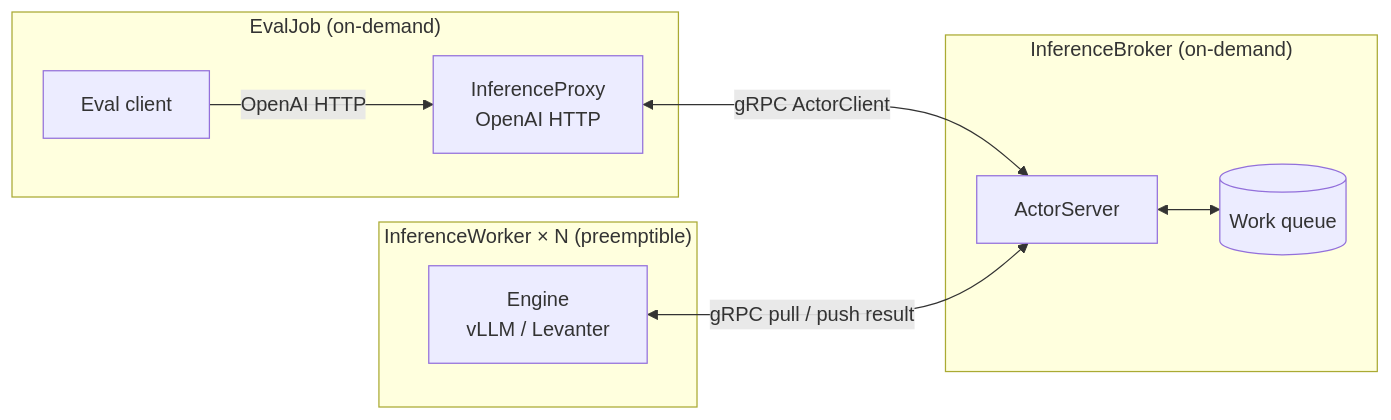
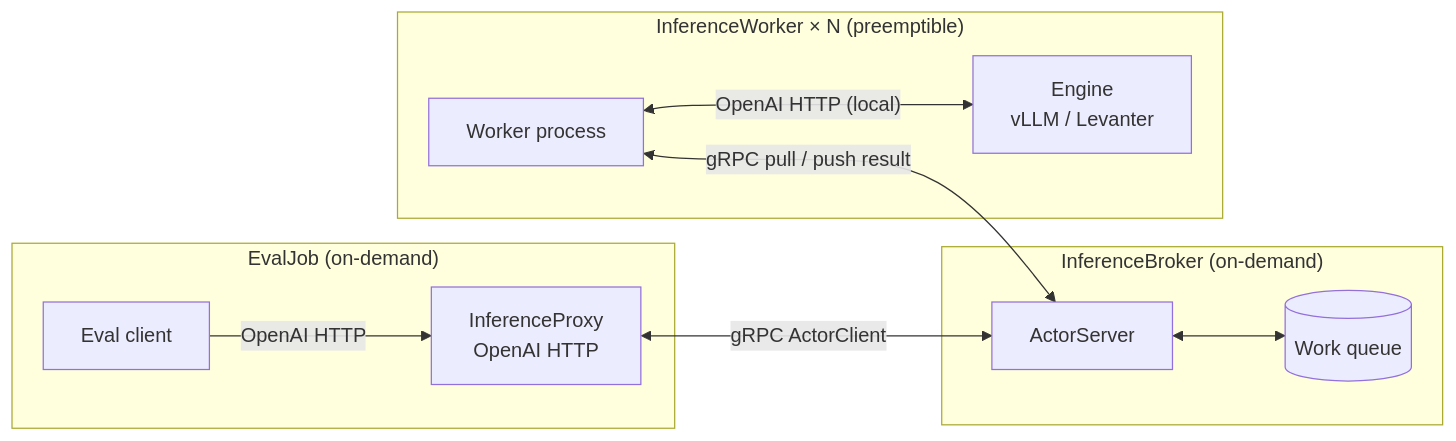
One commit to marin-community/marin changed the diagram in .agents/projects/inference-service/rfc.md. Above: the diagram before and after it, drawn with Mermaid. The commit also changed other lines of this file, not shown here.

Commit message:
LLM fixes

````diff
--- a/.agents/projects/inference-service/rfc.md
+++ b/.agents/projects/inference-service/rfc.md
@@ -63,18 +63,20 @@
 ```mermaid
 flowchart LR
   subgraph EvalJob["EvalJob (on-demand)"]
     Client[Eval client]
     Proxy[InferenceProxy<br/>OpenAI HTTP]
   end
   subgraph Broker["InferenceBroker (on-demand)"]
     Actor[ActorServer]
     Queue[(Work queue)]
   end
   subgraph Workers["InferenceWorker × N (preemptible)"]
-    W1[Engine<br/>vLLM / Levanter]
+    WP[Worker process]
+    Engine[Engine<br/>vLLM / Levanter]
   end
   Client -->|"OpenAI HTTP"| Proxy
   Proxy <-->|"gRPC ActorClient"| Actor
   Actor <--> Queue
-  W1 <-->|"gRPC pull / push result"| Actor
+  WP <-->|"gRPC pull / push result"| Actor
+  WP <-->|"OpenAI HTTP (local)"| Engine
 ```
````
